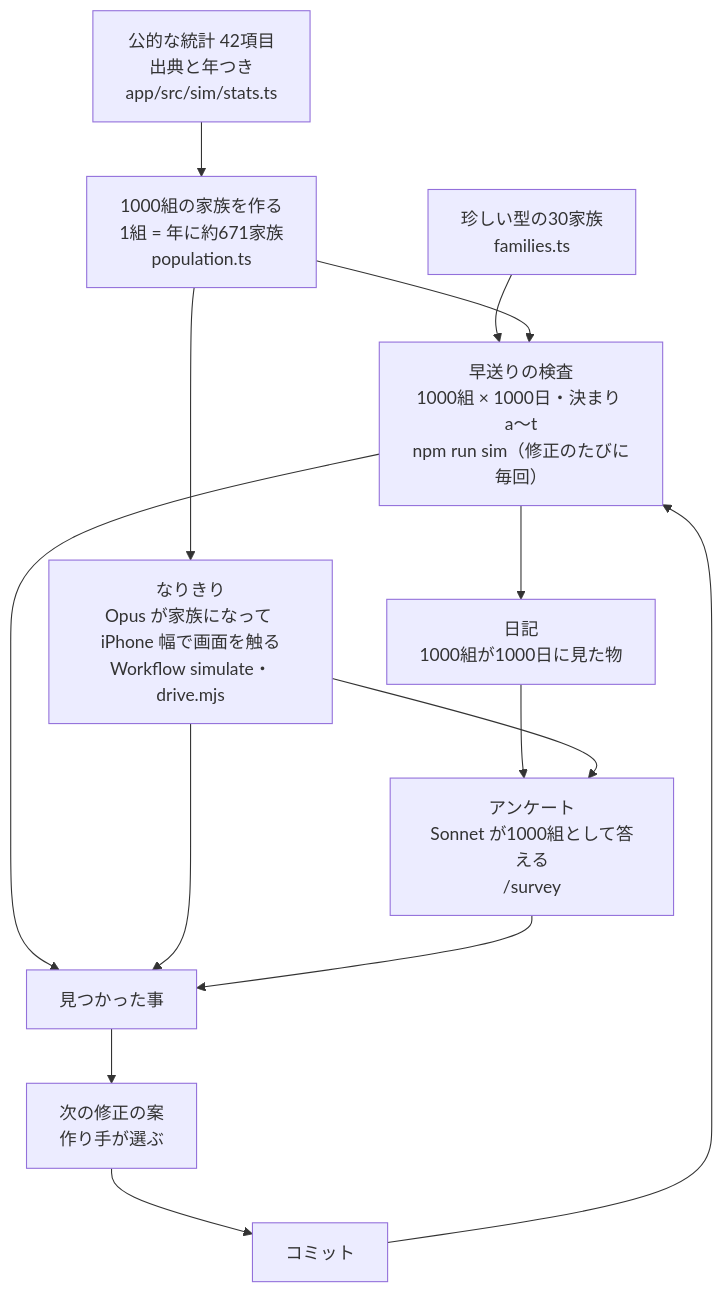
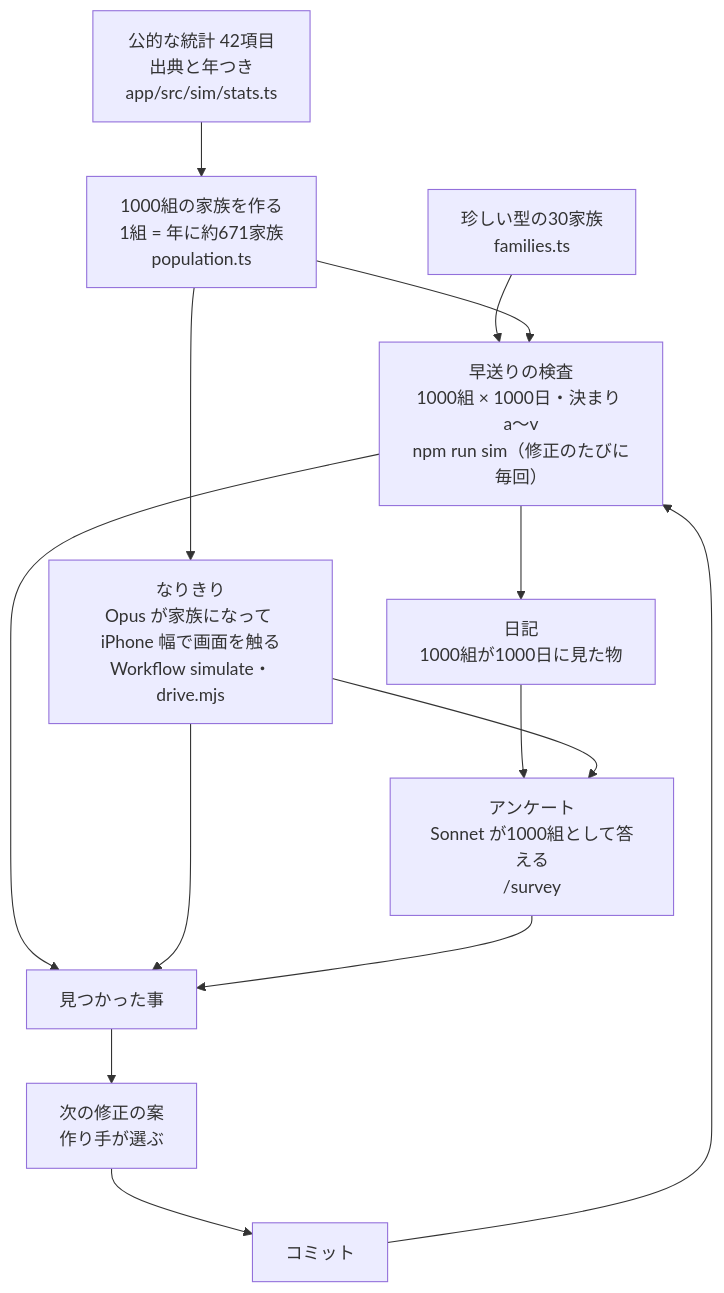
The diagram in docs/BUILT_WITH_CLAUDE_CODE.md (Kamicham/boshi-techo), drawn with Mermaid before and after one commit. The commit also changed other lines of this file and 24 other files, not shown here.

````diff
--- a/docs/BUILT_WITH_CLAUDE_CODE.md
+++ b/docs/BUILT_WITH_CLAUDE_CODE.md
@@ -14,16 +14,16 @@
 ```mermaid
 flowchart TD
   S["公的な統計 42項目<br/>出典と年つき<br/>app/src/sim/stats.ts"] --> P["1000組の家族を作る<br/>1組 = 年に約671家族<br/>population.ts"]
   F["珍しい型の30家族<br/>families.ts"] --> FF
-  P --> FF["早送りの検査<br/>1000組 × 1000日・決まり a〜t<br/>npm run sim（修正のたびに毎回）"]
+  P --> FF["早送りの検査<br/>1000組 × 1000日・決まり a〜v<br/>npm run sim（修正のたびに毎回）"]
   P --> R["なりきり<br/>Opus が家族になって iPhone 幅で画面を触る<br/>Workflow simulate・drive.mjs"]
   FF --> D["日記<br/>1000組が1000日に見た物"]
   D --> Q["アンケート<br/>Sonnet が1000組として答える<br/>/survey"]
   R --> Q
   FF --> K["見つかった事"]
   R --> K
   Q --> K
   K --> Plan["次の修正の案<br/>作り手が選ぶ"]
   Plan --> C["コミット"]
   C --> FF
 ```
````
